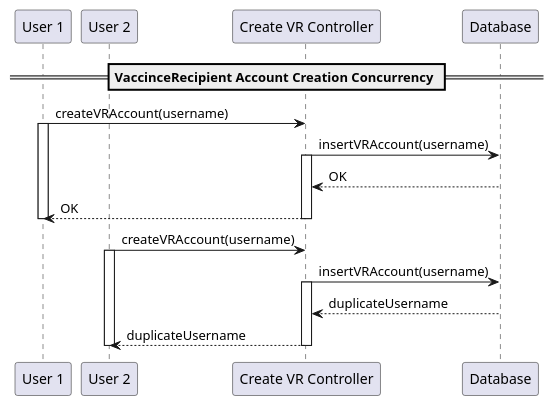
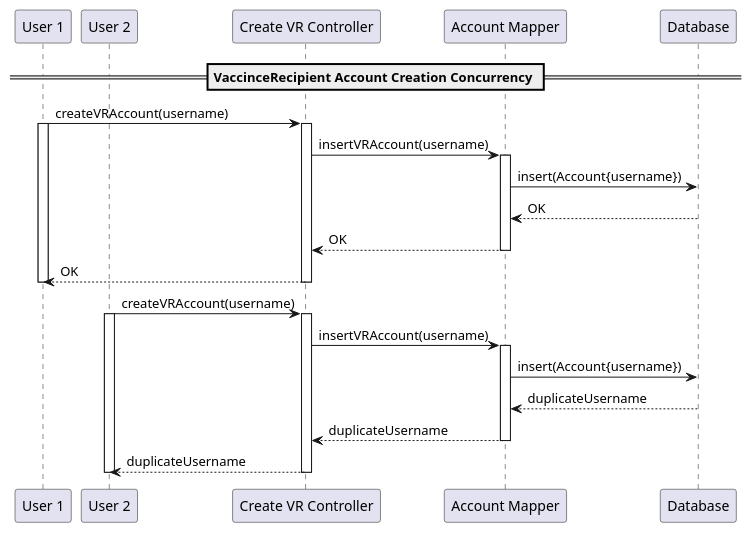
One commit to SWEN900072021/Covid19BookingSystem changed the diagram in docs/part3/diagrams/createVrAccConcurrency.puml. Above: the diagram before and after it, drawn with PlantUML.

Commit message:
Updated Seq diagram to incl mapper

```diff
--- a/docs/part3/diagrams/createVrAccConcurrency.puml
+++ b/docs/part3/diagrams/createVrAccConcurrency.puml
@@ -1,29 +1,38 @@
 @startuml
 'https://plantuml.com/sequence-diagram
 
 participant "User 1" as U1
 participant "User 2" as U2
 participant "Create VR Controller" as VRC
+participant "Account Mapper" as AM
 participant "Database" as DB
 
 == VaccinceRecipient Account Creation Concurrency ==
 U1 -> VRC : createVRAccount(username)
 activate U1
-VRC -> DB : insertVRAccount(username)
 activate VRC
-DB --> VRC: OK
+VRC -> AM : insertVRAccount(username)
+activate AM
+AM -> DB: insert(Account{username})
+DB --> AM: OK
+AM --> VRC: OK
+deactivate AM
 VRC --> U1: OK
 deactivate VRC
 deactivate U1
 
 U2 -> VRC : createVRAccount(username)
 activate U2
-VRC -> DB : insertVRAccount(username)
 activate VRC
-DB --> VRC: duplicateUsername
+VRC -> AM : insertVRAccount(username)
+activate AM
+AM -> DB: insert(Account{username})
+DB --> AM: duplicateUsername
+AM --> VRC: duplicateUsername
+deactivate AM
 VRC --> U2: duplicateUsername
 deactivate VRC
 deactivate U2
 
 
 @enduml
```
